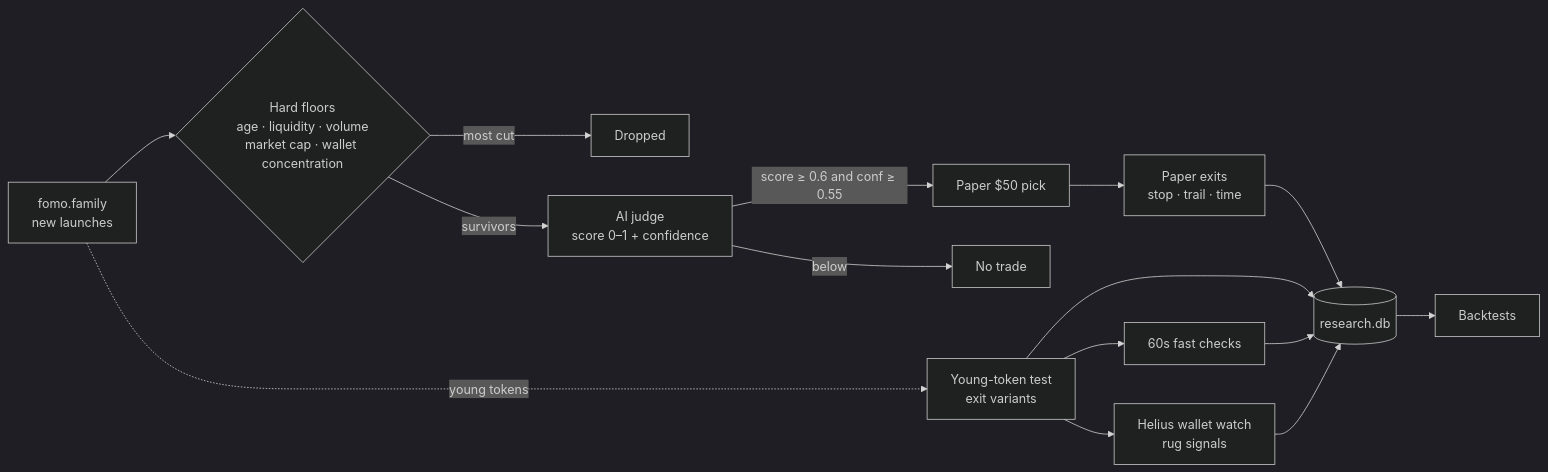
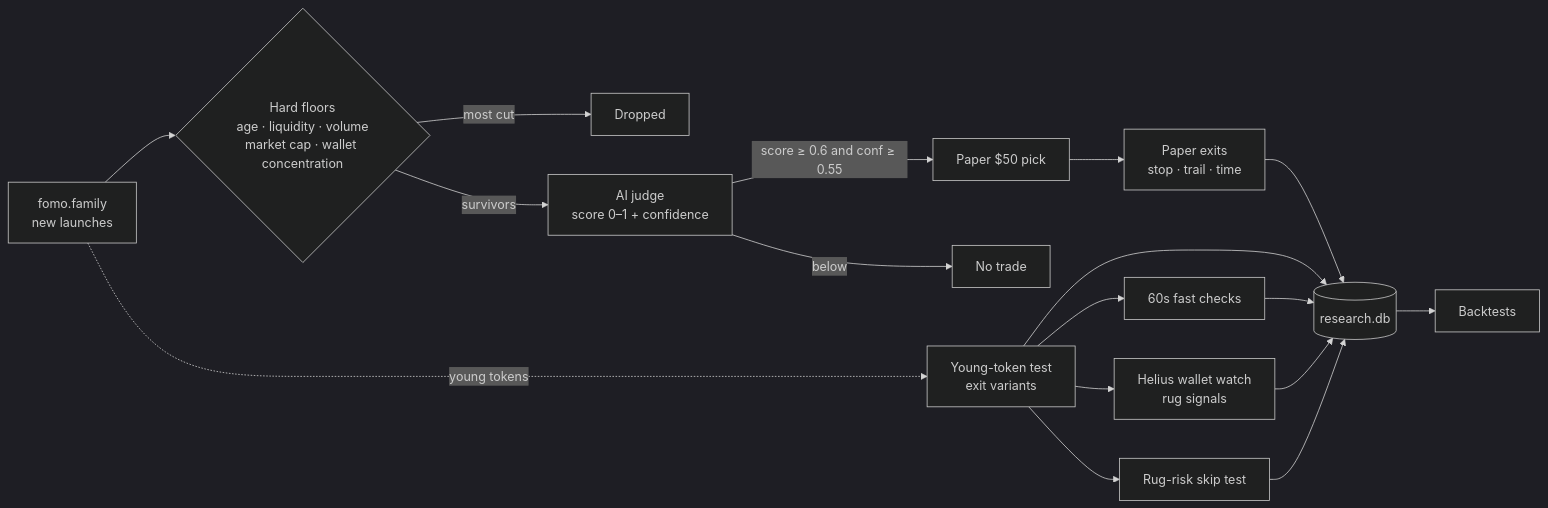
One commit to lobster-shrimps/jev-desk changed the first of 4 diagrams in README.md. Above: the diagram before and after it, drawn with Mermaid (dark theme). The commit also changed other lines of this file and 9 other files, not shown here.

First line of the commit message:
Paper rug-risk skip-rule test on young_trail entries (no gating) (#73)

````diff
--- a/README.md
+++ b/README.md
@@ -27,17 +30,19 @@
 ```mermaid
 flowchart LR
     F[fomo.family<br/>new launches] --> HF{Hard floors<br/>age · liquidity · volume<br/>market cap · wallet concentration}
     HF -- most cut --> X[Dropped]
     HF -- survivors --> J[AI judge<br/>score 0–1 + confidence]
     J -- "score ≥ 0.6 and conf ≥ 0.55" --> P[Paper $50 pick]
     J -- below --> N[No trade]
     P --> E[Paper exits<br/>stop · trail · time]
     F -. young tokens .-> Y[Young-token test<br/>exit variants]
     Y --> FC[60s fast checks]
     Y --> HW[Helius wallet watch<br/>rug signals]
+    Y --> RR[Rug-risk skip test]
     E --> R[(research.db)]
     Y --> R
     FC --> R
     HW --> R
+    RR --> R
     R --> B[Backtests]
 ```
````
